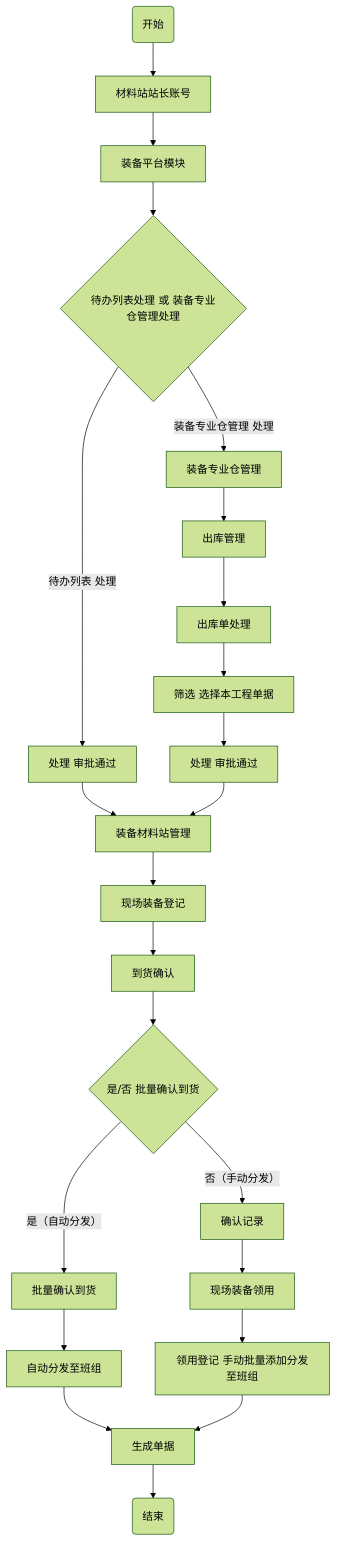
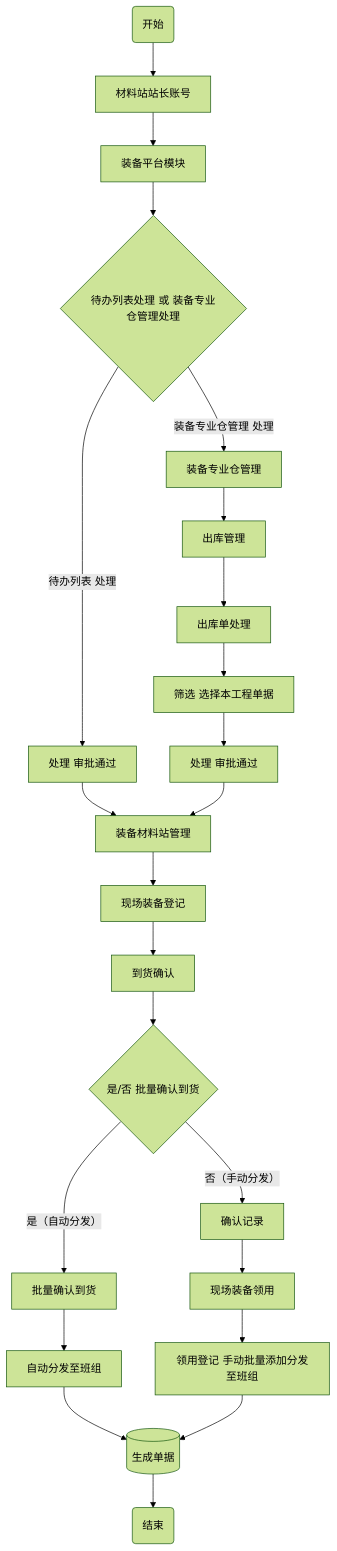
The fourth of 8 diagrams in asset/单项工程现场装备全流程管理流程图.md (glaze-blue/zett-single-project), drawn with Mermaid (forest theme) before and after one commit. The commit also changed other lines of this file, not shown here.

Commit message:
优化流程图图形

````diff
--- a/asset/单项工程现场装备全流程管理流程图.md
+++ b/asset/单项工程现场装备全流程管理流程图.md
@@ -101,18 +101,18 @@
 ```mermaid
 graph TD
     00(开始)--> A[材料站站长账号]
     A --> B[装备平台模块]
     B --> D{待办列表处理 或 装备专业仓管理处理}
     D --> |待办列表 处理|D1[处理 审批通过] --> E1[装备材料站管理]
     D --> |装备专业仓管理 处理|D6[装备专业仓管理] --> D2[出库管理] --> D3[出库单处理] --> D4[筛选 选择本工程单据] --> D5[处理 审批通过]
     D5 --> E1[装备材料站管理] --> E2[现场装备登记] --> E3[到货确认]
     E3 --> F{是/否 批量确认到货}
     F --> |是（自动分发）|G[批量确认到货]
     F --> |否（手动分发）|H[确认记录]
     G --> I[自动分发至班组]
-    I --> K[生成单据]
+    I --> K[(生成单据)]
     H --> J[现场装备领用]
     J --> L[领用登记 手动批量添加分发至班组]
-    L --> K[生成单据]
+    L --> K[(生成单据)]
     K --> M(结束)
 ```
````
